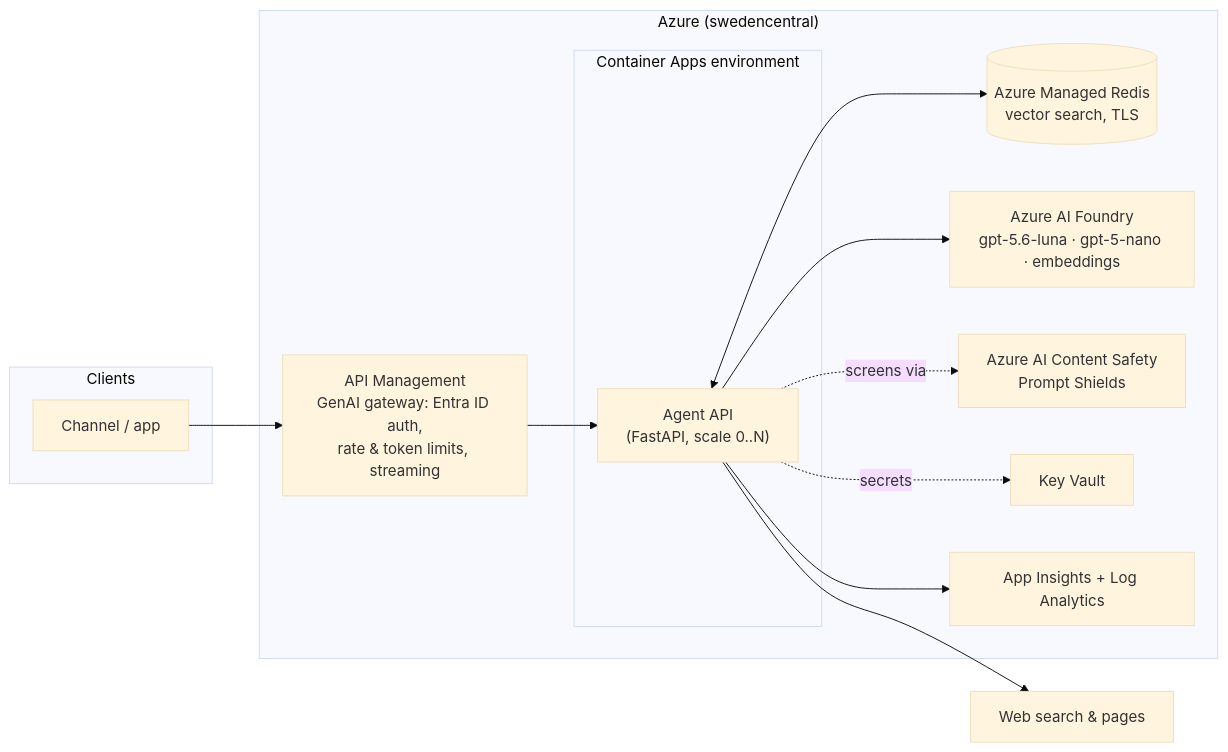
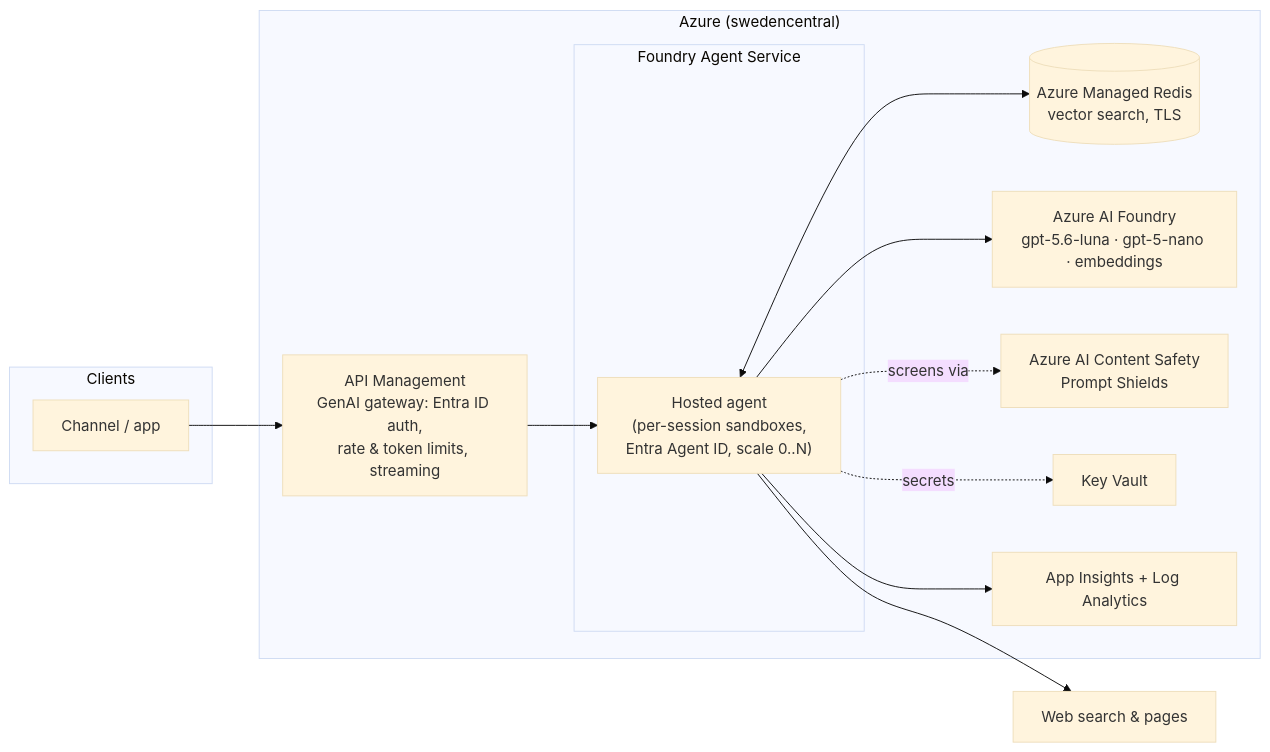
Before and after one commit to vadjs/memory-first-agent: the diagram in docs/blueprint.md, drawn with Mermaid (base theme). The commit also changed other lines of this file and 17 other files, not shown here.

First line of the commit message:
feat: Foundry Hosted Agent becomes the sole deployment target, deployed azd-natively

````diff
--- a/docs/blueprint.md
+++ b/docs/blueprint.md
@@ -26,26 +26,26 @@
 ```mermaid
 flowchart LR
     subgraph Clients
         C1[Channel / app]
     end
     subgraph Azure["Azure (swedencentral)"]
         APIM[API Management\nGenAI gateway: Entra ID auth,\nrate & token limits, streaming]
-        subgraph ACA[Container Apps environment]
-            APP["Agent API\n(FastAPI, scale 0..N)"]
+        subgraph FAS[Foundry Agent Service]
+            APP["Hosted agent\n(per-session sandboxes,\nEntra Agent ID, scale 0..N)"]
         end
         REDIS[(Azure Managed Redis\nvector search, TLS)]
         AI[Azure AI Foundry\ngpt-5.6-luna · gpt-5-nano · embeddings]
         SHIELD[Azure AI Content Safety\nPrompt Shields]
         KV[Key Vault]
         MON[App Insights + Log Analytics]
     end
     WEB[Web search & pages]
 
     C1 --> APIM --> APP
     APP <--> REDIS
     APP --> AI
     APP -.screens via.-> SHIELD
     APP --> WEB
     APP --> MON
     APP -.secrets.-> KV
 ```
````
